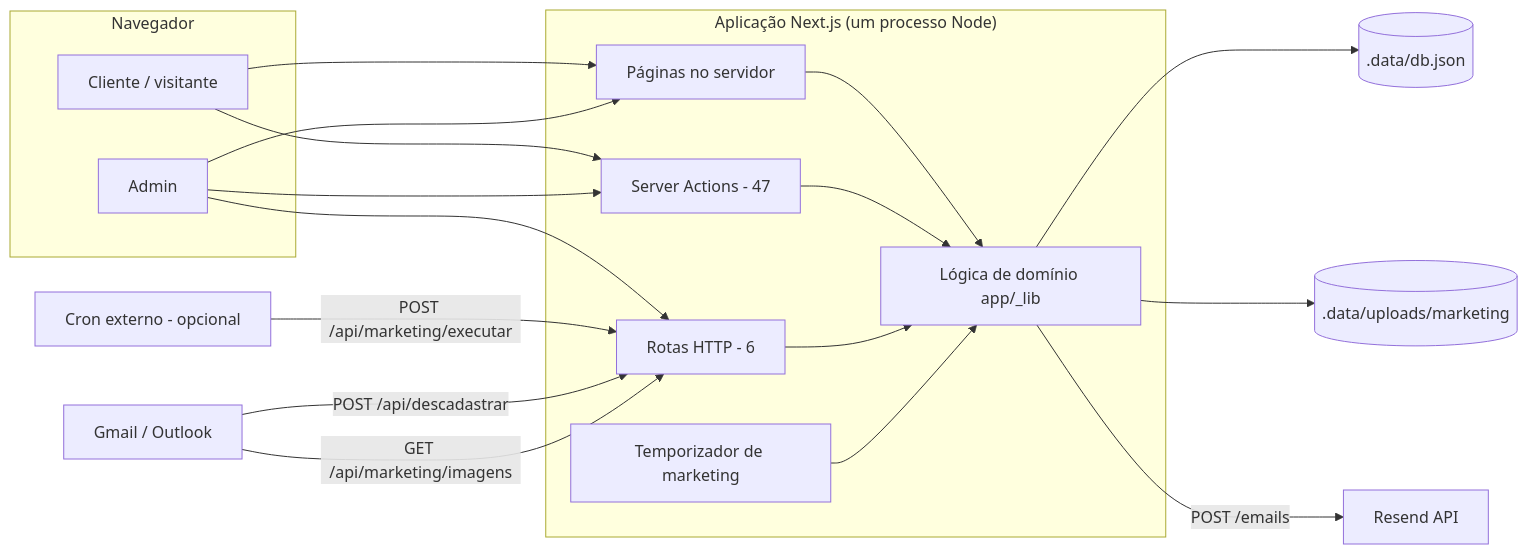
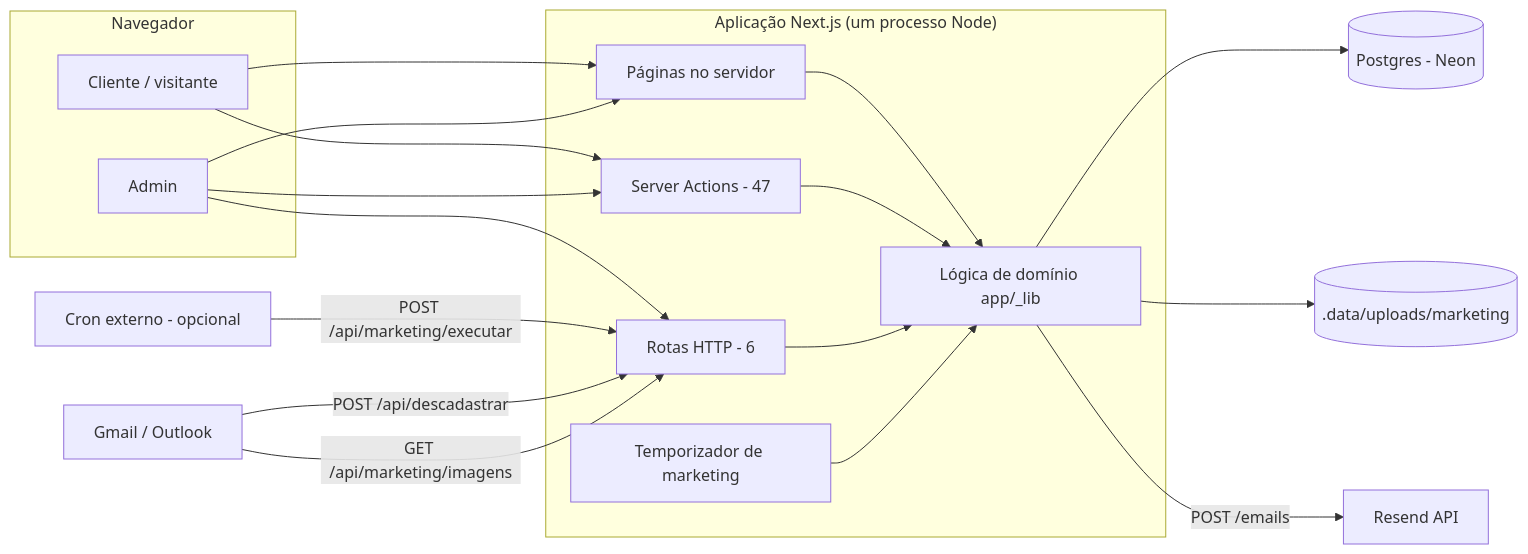
The first of 4 diagrams in app/doc/MAPEAMENTO_SISTEMAS.md (vagnerzezo/shm), drawn with Mermaid before and after one commit. The commit also changed other lines of this file and 14 other files, not shown here.

First line of the commit message:
feat: banco no Postgres (Neon) com Drizzle

````diff
--- a/app/doc/MAPEAMENTO_SISTEMAS.md
+++ b/app/doc/MAPEAMENTO_SISTEMAS.md
@@ -82,32 +82,32 @@
 ```mermaid
 flowchart LR
   subgraph Navegador
     C[Cliente / visitante]
     A[Admin]
   end
   subgraph Next["Aplicação Next.js (um processo Node)"]
     P[Páginas no servidor]
     SA[Server Actions - 47]
     RH[Rotas HTTP - 6]
     D[Lógica de domínio app/_lib]
     T[Temporizador de marketing]
   end
-  DB[(.data/db.json)]
+  DB[(Postgres - Neon)]
   UP[(.data/uploads/marketing)]
   R[Resend API]
   CRON[Cron externo - opcional]
   MAIL[Gmail / Outlook]
 
   C --> P & SA
   A --> P & SA & RH
   P --> D
   SA --> D
   RH --> D
   T --> D
   D --> DB
   D --> UP
   D -->|POST /emails| R
   CRON -->|POST /api/marketing/executar| RH
   MAIL -->|POST /api/descadastrar| RH
   MAIL -->|GET /api/marketing/imagens| RH
 ```
````
